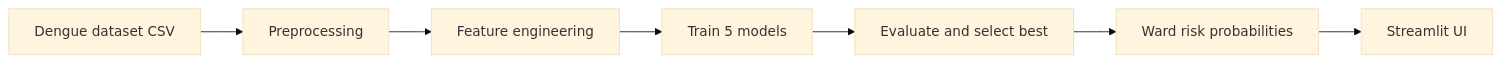
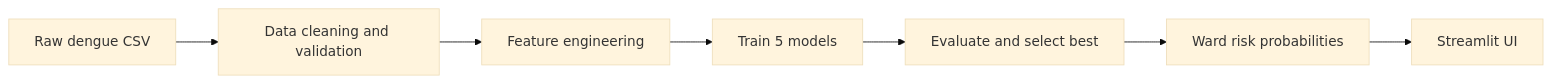
Before and after one commit to BushraUmmeHumaira/dengue-risk-prediction-system: the diagram in README.md, drawn with Mermaid (base theme). The commit also changed other lines of this file and 1 other file, not shown here.

Commit message:
Document feature engineering and update README

````diff
--- a/README.md
+++ b/README.md
@@ -11,9 +11,9 @@
 ```mermaid
 flowchart LR
-    A[Dengue dataset CSV] --> B[Preprocessing]
+    A[Raw dengue CSV] --> B[Data cleaning and validation]
     B --> C[Feature engineering]
     C --> D[Train 5 models]
     D --> E[Evaluate and select best]
     E --> F[Ward risk probabilities]
     F --> G[Streamlit UI]
 ```
````
